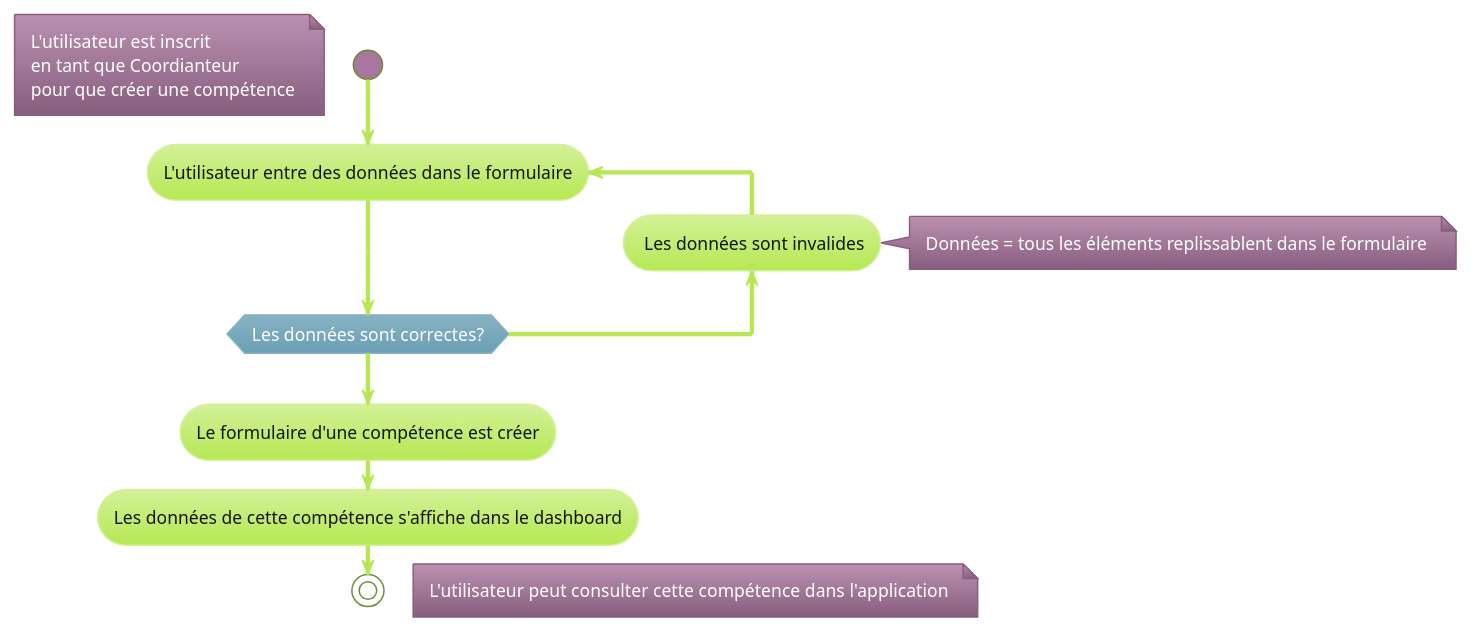
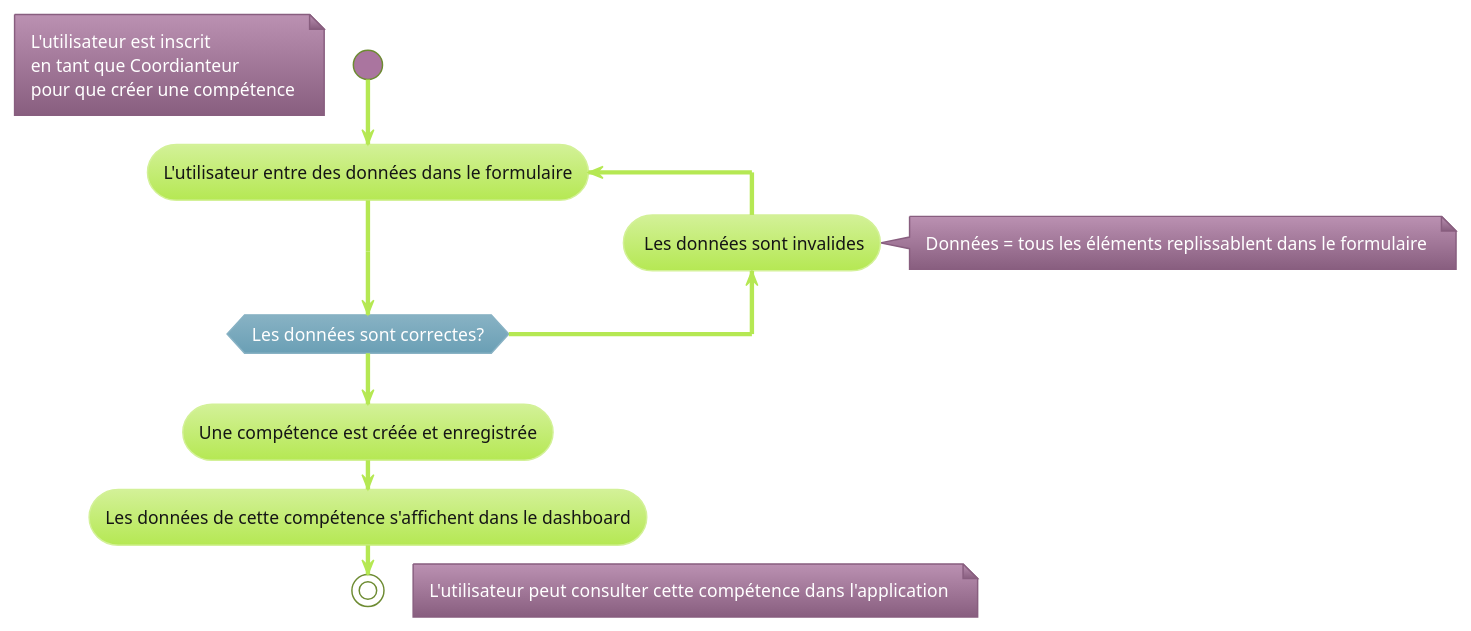
One commit to GreenHawk-99/AppGreta changed the diagram in doc/puml/FormCompetenceActiity.puml. Above: the diagram before and after it, drawn with PlantUML. The commit also changed 1 other file, not shown here.

```diff
--- a/doc/puml/FormCompetenceActiity.puml
+++ b/doc/puml/FormCompetenceActiity.puml
@@ -1,24 +1,24 @@
 @startuml
 !theme hacker
 
 start
 floating note left
 L'utilisateur est inscrit
 en tant que Coordianteur
 pour que créer une compétence
 end note
 
 repeat :L'utilisateur entre des données dans le formulaire;
 
 backward: Les données sont invalides;
 note right: Données = tous les éléments replissablent dans le formulaire
 repeat while (Les données sont correctes?) is (Non) not (Oui)
 
-:Le formulaire d'une compétence est créer;
+:Une compétence est créée et enregistrée;
 
-:Les données de cette compétence s'affiche dans le dashboard;
+:Les données de cette compétence s'affichent dans le dashboard;
 
 stop
 floating note right: L'utilisateur peut consulter cette compétence dans l'application
 
 @enduml
```
